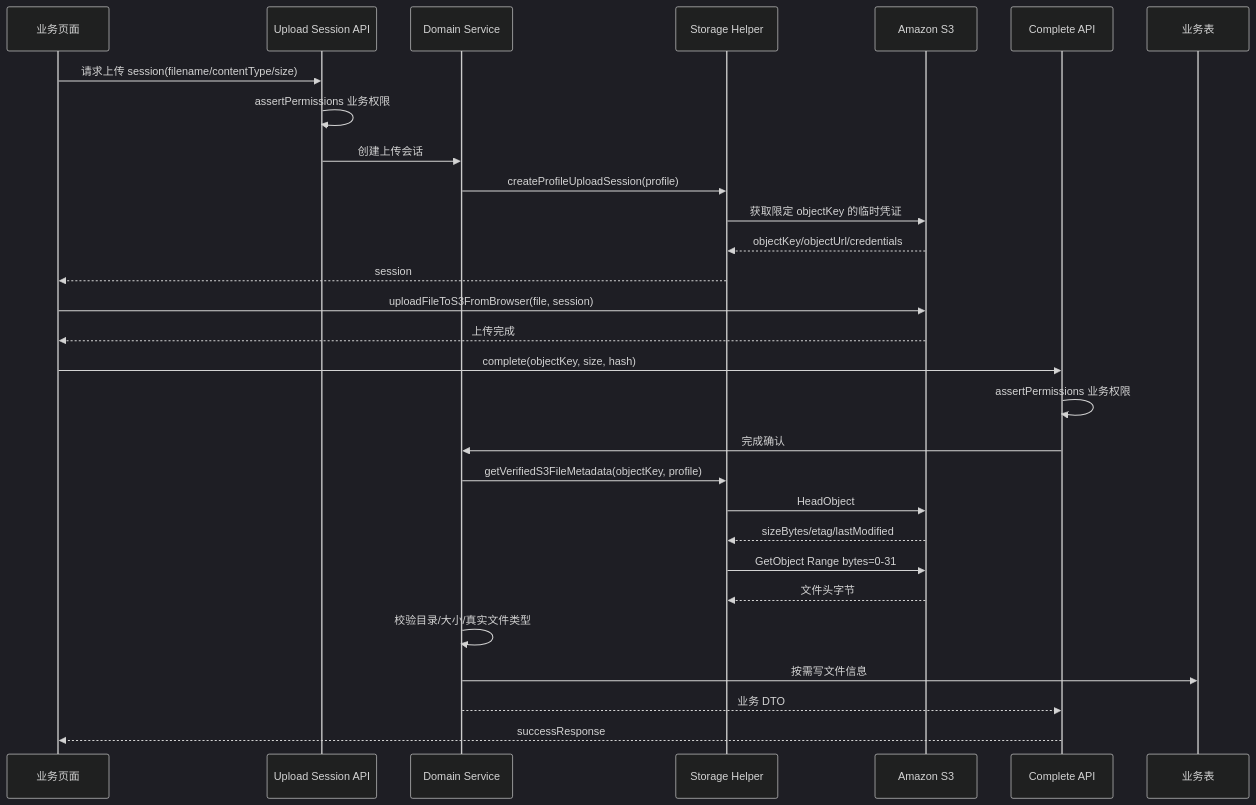
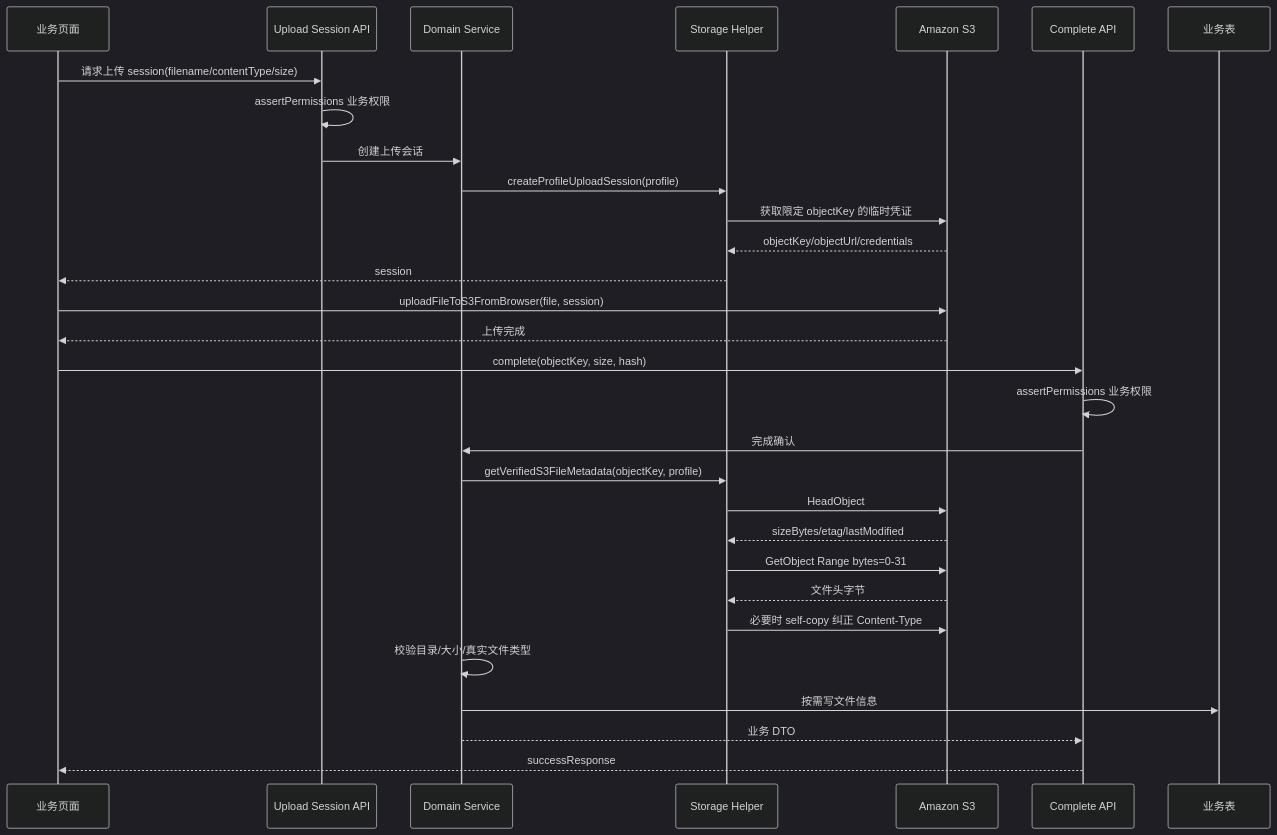
The third of 5 diagrams in .claude/docs/storage-s3-upload-guide.md (caidc8252/cloud-next-scaffold), drawn with Mermaid (dark theme) before and after one commit. The commit also changed other lines of this file and 5 other files, not shown here.

Commit message:
fix(storage): correct public upload content type

````diff
--- a/.claude/docs/storage-s3-upload-guide.md
+++ b/.claude/docs/storage-s3-upload-guide.md
@@ -193,32 +194,33 @@
 ```mermaid
 sequenceDiagram
   participant UI as 业务页面
   participant API1 as Upload Session API
   participant Service as Domain Service
   participant Helper as Storage Helper
   participant S3 as Amazon S3
   participant API2 as Complete API
   participant DB as 业务表
 
   UI->>API1: 请求上传 session(filename/contentType/size)
   API1->>API1: assertPermissions 业务权限
   API1->>Service: 创建上传会话
   Service->>Helper: createProfileUploadSession(profile)
   Helper->>S3: 获取限定 objectKey 的临时凭证
   S3-->>Helper: objectKey/objectUrl/credentials
   Helper-->>UI: session
   UI->>S3: uploadFileToS3FromBrowser(file, session)
   S3-->>UI: 上传完成
   UI->>API2: complete(objectKey, size, hash)
   API2->>API2: assertPermissions 业务权限
   API2->>Service: 完成确认
   Service->>Helper: getVerifiedS3FileMetadata(objectKey, profile)
   Helper->>S3: HeadObject
   S3-->>Helper: sizeBytes/etag/lastModified
   Helper->>S3: GetObject Range bytes=0-31
   S3-->>Helper: 文件头字节
+  Helper->>S3: 必要时 self-copy 纠正 Content-Type
   Service->>Service: 校验目录/大小/真实文件类型
   Service->>DB: 按需写文件信息
   Service-->>API2: 业务 DTO
   API2-->>UI: successResponse
 ```
````
